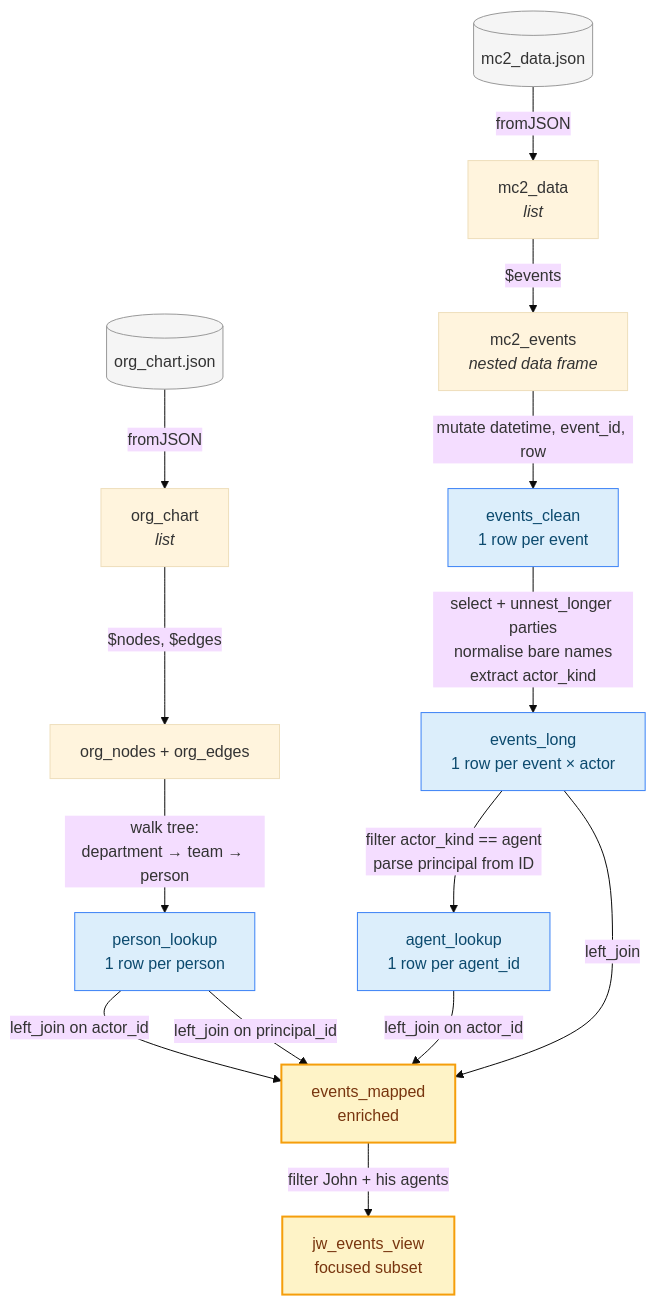
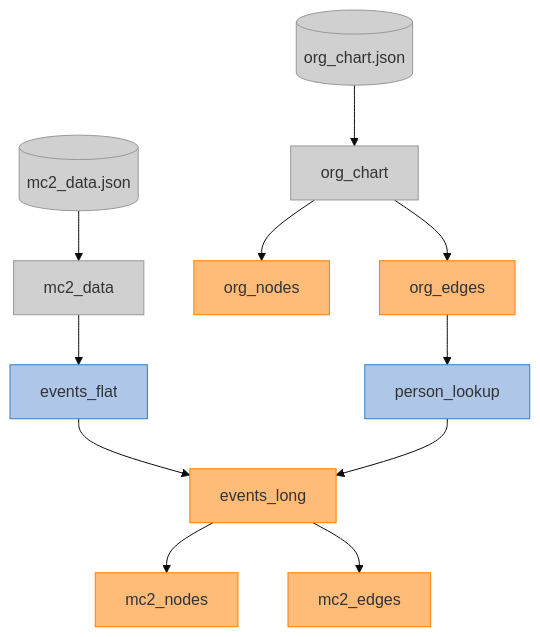
One commit to haunk/ISSS608-VAA changed the diagram in Take-home_Ex/Take-home_Ex02/MC2.qmd. Above: the diagram before and after it, drawn with Mermaid (base theme). The commit also changed other lines of this file and 17 other files, not shown here.

Commit message:
Change a lot: content flow, nodes/edges for mc2_event, unify code for each question.

````diff
--- a/Take-home_Ex/Take-home_Ex02/MC2.qmd
+++ b/Take-home_Ex/Take-home_Ex02/MC2.qmd
@@ -655,42 +521,32 @@
 ```{mermaid}
 %%| fig-cap: "Data flow: from raw JSON files to the enriched events table"
 %%| code-fold: true
 %%| code-summary: "Show the code"
 
-flowchart TD
-    %% Raw sources
-    A[(mc2_data.json)]:::raw
-    B[(org_chart.json)]:::raw
+graph TD
+    A[("mc2_data.json")] --> B["mc2_data"]
+    C[("org_chart.json")] --> D["org_chart"]
 
-    %% Top level objects
-    A -->|fromJSON| C[mc2_data<br/><i>list</i>]
-    B -->|fromJSON| D[org_chart<br/><i>list</i>]
+    D --> E["org_nodes"]
+    D --> F["org_edges"]
+    F --> G["person_lookup"]
 
-    C -->|$events| E[mc2_events<br/><i>nested data frame</i>]
-    D -->|$nodes, $edges| F[org_nodes + org_edges]
+    B --> H["events_flat"]
+    H --> I["events_long"]
+    G --> I
 
-    %% events_clean
-    E -->|mutate datetime, event_id, row| G[events_clean<br/>1 row per event]:::out
+    I --> K["mc2_nodes"]
+    I --> L["mc2_edges"]
 
-    %% events_long
-    G -->|select + unnest_longer parties<br/>normalise bare names<br/>extract actor_kind| H[events_long<br/>1 row per event × actor]:::out
-
-    %% person_lookup
-    F -->|walk tree:<br/>department → team → person| I[person_lookup<br/>1 row per person]:::out
-
-    %% agent_lookup
-    H -->|filter actor_kind == agent<br/>parse principal from ID| J[agent_lookup<br/>1 row per agent_id]:::out
-
-    %% events_mapped
-    H -->|left_join| K[events_mapped<br/>enriched]:::final
-    I -->|left_join on actor_id| K
-    J -->|left_join on actor_id| K
-    I -->|left_join on principal_id| K
-
-    %% jw_events_view
-    K -->|filter John + his agents| L[jw_events_view<br/>focused subset]:::final
-
-    classDef raw fill:#f5f5f5,stroke:#999,stroke-width:1px,color:#333
-    classDef out fill:#dceefb,stroke:#3b82f6,stroke-width:1px,color:#0c4a6e
-    classDef final fill:#fef3c7,stroke:#f59e0b,stroke-width:2px,color:#78350f
+    style A fill:#d0d0d0,stroke:#999
+    style C fill:#d0d0d0,stroke:#999
+    style B fill:#d0d0d0,stroke:#999
+    style D fill:#d0d0d0,stroke:#999
+    style E fill:#ffbb78,stroke:#ff7f00
+    style F fill:#ffbb78,stroke:#ff7f00
+    style G fill:#aec7e8,stroke:#377eb8
+    style H fill:#aec7e8,stroke:#377eb8
+    style I fill:#ffbb78,stroke:#ff7f00
+    style K fill:#ffbb78,stroke:#ff7f00
+    style L fill:#ffbb78,stroke:#ff7f00
 ```
````
